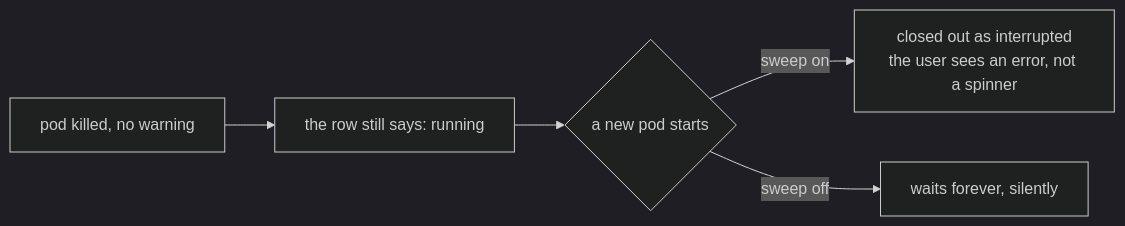
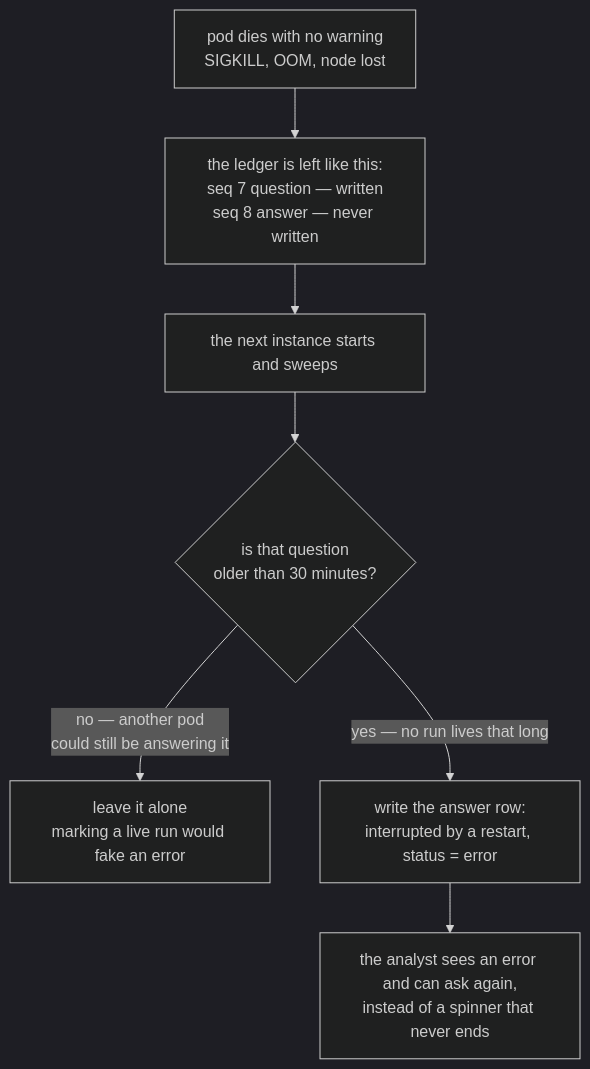
The seventh of 17 diagrams in docs/TESTING-SCALING.md (selvakumarperumal/Corporate_Filing_Analyzer_Agent), drawn with Mermaid (dark theme) before and after one commit. The commit also changed other lines of this file, not shown here.

Commit message:
docs: enrich scaling test breakdowns with detailed sequence flows, SQL examples, and negative test rigs

````diff
--- a/docs/TESTING-SCALING.md
+++ b/docs/TESTING-SCALING.md
@@ -291,7 +465,9 @@
 ```mermaid
-flowchart LR
-  K["pod killed, no warning"] --> R["the row still says: running"]
-  R --> S{"a new pod starts"}
-  S -->|"sweep on"| C["closed out as interrupted<br/>the user sees an error, not a spinner"]
-  S -->|"sweep off"| F["waits forever, silently"]
+flowchart TB
+  K["pod dies with no warning<br/>SIGKILL, OOM, node lost"] --> L["the ledger is left like this:<br/>seq 7 question — written<br/>seq 8 answer — never written"]
+  L --> S["the next instance starts and sweeps"]
+  S --> C{"is that question<br/>older than 30 minutes?"}
+  C -->|"no — another pod<br/>could still be answering it"| SKIP["leave it alone<br/>marking a live run would fake an error"]
+  C -->|"yes — no run lives that long"| W["write the answer row:<br/>interrupted by a restart, status = error"]
+  W --> R["the analyst sees an error and can ask again,<br/>instead of a spinner that never ends"]
 ```
````
